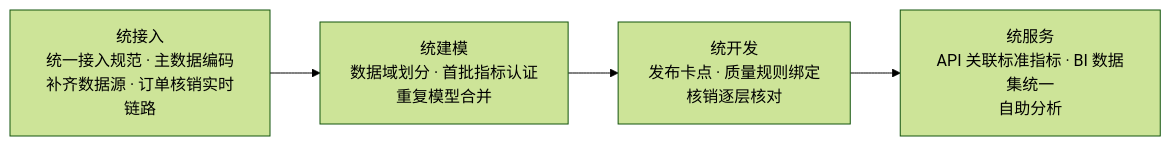
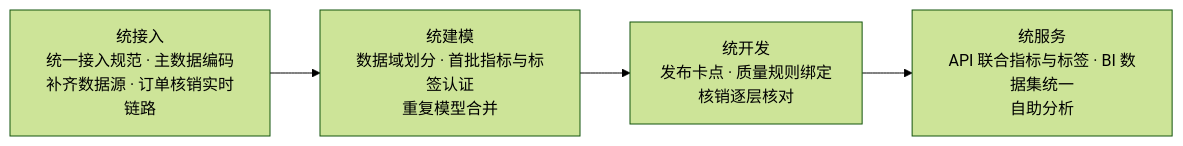
The tenth of 11 diagrams in AI＋数据平台建设汇报_正文.md (keanying/relevance), drawn with Mermaid (forest theme) before and after one commit. The commit also changed other lines of this file, not shown here.

First line of the commit message:
第一章补充：指标与标签两级体系（集团标准 + 景区/供应商自定义、分类分级）；动态 API 联合 ADS 指标与标签

````diff
--- a/AI＋数据平台建设汇报_正文.md
+++ b/AI＋数据平台建设汇报_正文.md
@@ -163,6 +214,6 @@
 ```mermaid
 flowchart LR
-  A[统接入<br/>统一接入规范 · 主数据编码<br/>补齐数据源 · 订单核销实时链路] --> B[统建模<br/>数据域划分 · 首批指标认证<br/>重复模型合并]
+  A[统接入<br/>统一接入规范 · 主数据编码<br/>补齐数据源 · 订单核销实时链路] --> B[统建模<br/>数据域划分 · 首批指标与标签认证<br/>重复模型合并]
   B --> C[统开发<br/>发布卡点 · 质量规则绑定<br/>核销逐层核对]
-  C --> D[统服务<br/>API 关联标准指标 · BI 数据集统一<br/>自助分析]
+  C --> D[统服务<br/>API 联合指标与标签 · BI 数据集统一<br/>自助分析]
 ```
````
